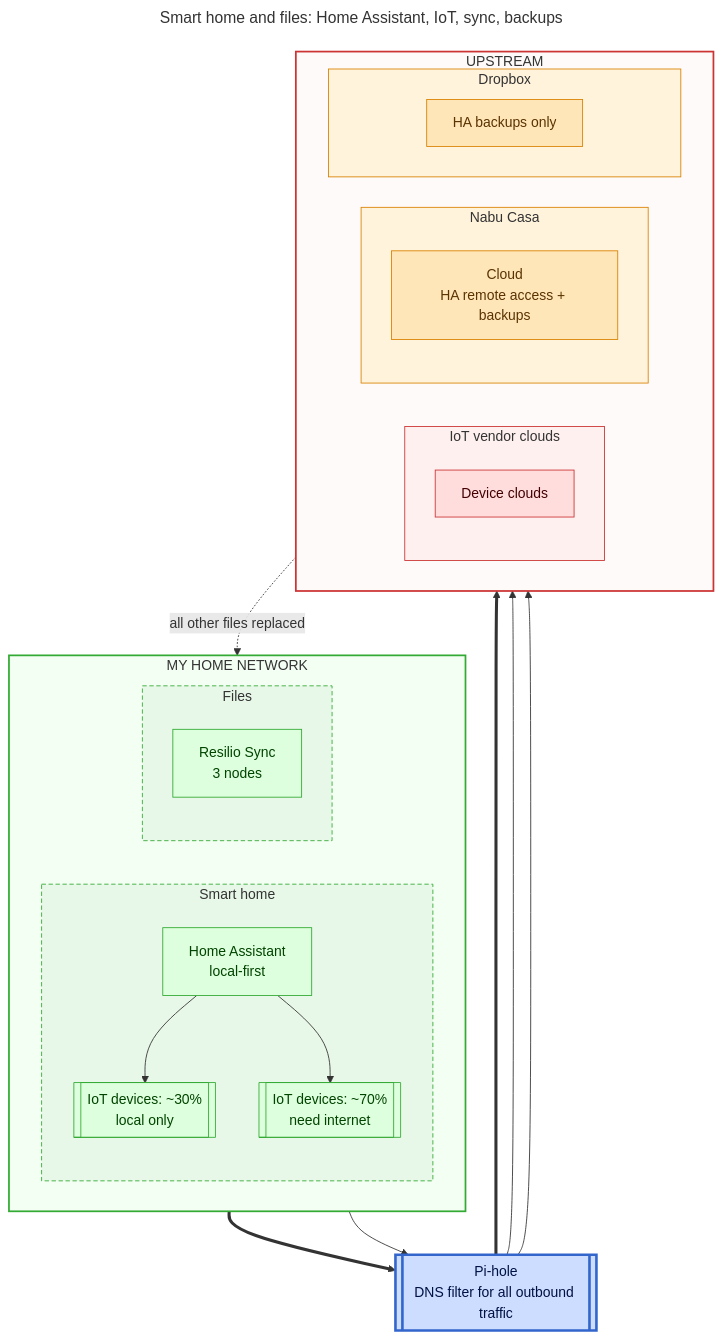
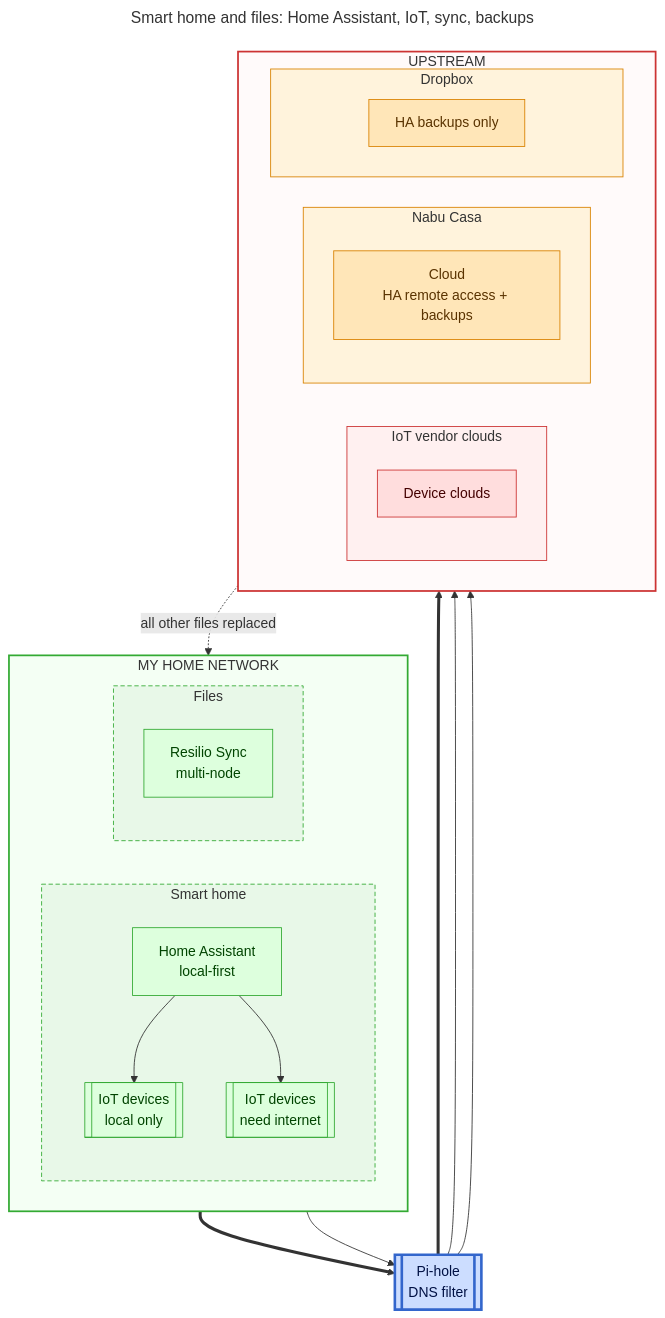
The second of 3 diagrams in README.md (lowlydba/torch-the-tech), drawn with Mermaid before and after one commit. The commit also changed other lines of this file, not shown here.

````diff
--- a/README.md
+++ b/README.md
@@ -106,65 +106,65 @@
 ```mermaid
 ---
 title: "Smart home and files: Home Assistant, IoT, sync, backups"
 ---
 flowchart TB
     subgraph home["MY HOME NETWORK"]
         direction LR
 
         subgraph h_smart["Smart home"]
             direction TB
             ha[Home Assistant<br/>local-first]
-            iot_l[[IoT devices: ~30%<br/>local only]]
-            iot_c[[IoT devices: ~70%<br/>need internet]]
+            iot_l[[IoT devices<br/>local only]]
+            iot_c[[IoT devices<br/>need internet]]
             ha --> iot_l
             ha --> iot_c
         end
 
         subgraph h_files["Files"]
             direction TB
-            resilio[Resilio Sync<br/>3 nodes]
+            resilio[Resilio Sync<br/>multi-node]
         end
     end
 
-    pihole[[Pi-hole<br/>DNS filter for all outbound traffic]]
+    pihole[[Pi-hole<br/>DNS filter]]
 
     subgraph out["UPSTREAM"]
         direction LR
 
         subgraph vendors["IoT vendor clouds"]
             vcloud[Device clouds]
         end
 
         subgraph nabu["Nabu Casa"]
             nabucloud[Cloud<br/>HA remote access + backups]
         end
 
         subgraph dropbox["Dropbox"]
             dbx[HA backups only]
         end
     end
 
     h_smart ==> pihole
     h_files --> pihole
     pihole ==> vendors
     pihole --> nabu
     pihole --> dropbox
 
     dbx -. "all other files replaced" .-> resilio
 
     classDef big fill:#fdd,stroke:#c33,color:#400
     classDef self fill:#dfd,stroke:#3a3,color:#040
     classDef gate fill:#cdf,stroke:#36c,stroke-width:3px,color:#014
     classDef hosted fill:#ffe6b8,stroke:#d98200,color:#5a3300
     class vcloud big
     class nabucloud,dbx hosted
     class ha,iot_l,iot_c,resilio self
     class pihole gate
     style home fill:#f4fff4,stroke:#3a3,stroke-width:2px
     style out fill:#fffafa,stroke:#c33,stroke-width:2px
     style h_smart fill:#e8f8e8,stroke:#3a3,stroke-dasharray: 5 3
     style h_files fill:#e8f8e8,stroke:#3a3,stroke-dasharray: 5 3
     style vendors fill:#fff0f0,stroke:#c33
     style nabu fill:#fff3dc,stroke:#d98200
     style dropbox fill:#fff3dc,stroke:#d98200
 ```
````
